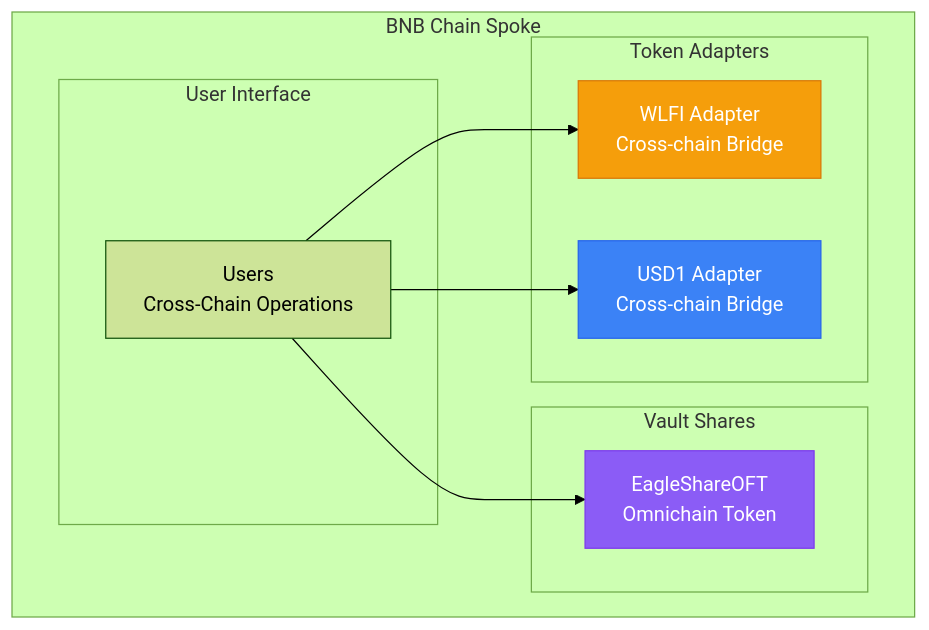
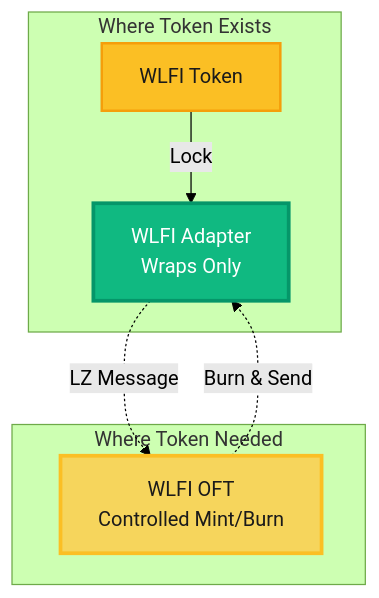
The third of 8 diagrams in docs/dev/architecture.md (47-Eagle/docs), drawn with Mermaid (forest theme) before and after one commit. The commit also changed other lines of this file and 222 other files, not shown here.

````diff
--- a/docs/dev/architecture.md
+++ b/docs/dev/architecture.md
@@ -162,25 +104,19 @@
 ```mermaid
 graph TB
-    subgraph "BNB Chain Spoke"
-        subgraph "Token Adapters"
-            WA[WLFI Adapter<br/>Cross-chain Bridge]
-            UA[USD1 Adapter<br/>Cross-chain Bridge]
-        end
-        
-        subgraph "Vault Shares"
-            SO[EagleShareOFT<br/>Omnichain Token]
-        end
-        
-        subgraph "User Interface"
-            USER[Users<br/>Cross-Chain Operations]
-        end
-        
-        USER --> WA
-        USER --> UA
-        USER --> SO
+    subgraph Existing["Where Token Exists"]
+        TOKEN[WLFI Token]
+        ADAPTER[WLFI Adapter<br/>Wraps Only]
     end
     
-    style WA fill:#f59e0b,stroke:#d97706,color:#fff
-    style UA fill:#3b82f6,stroke:#2563eb,color:#fff
-    style SO fill:#8b5cf6,stroke:#7c3aed,color:#fff
+    subgraph New["Where Token Needed"]
+        OFT[WLFI OFT<br/>Controlled Mint/Burn]
+    end
+    
+    TOKEN -->|Lock| ADAPTER
+    ADAPTER -.->|LZ Message| OFT
+    OFT -.->|Burn & Send| ADAPTER
+    
+    style ADAPTER fill:#10b981,stroke:#059669,stroke-width:3px,color:#fff
+    style OFT fill:#f6d55c,stroke:#fbbf24,stroke-width:3px,color:#1a1a1a
+    style TOKEN fill:#fbbf24,stroke:#f59e0b,stroke-width:2px,color:#1a1a1a
 ```
````
